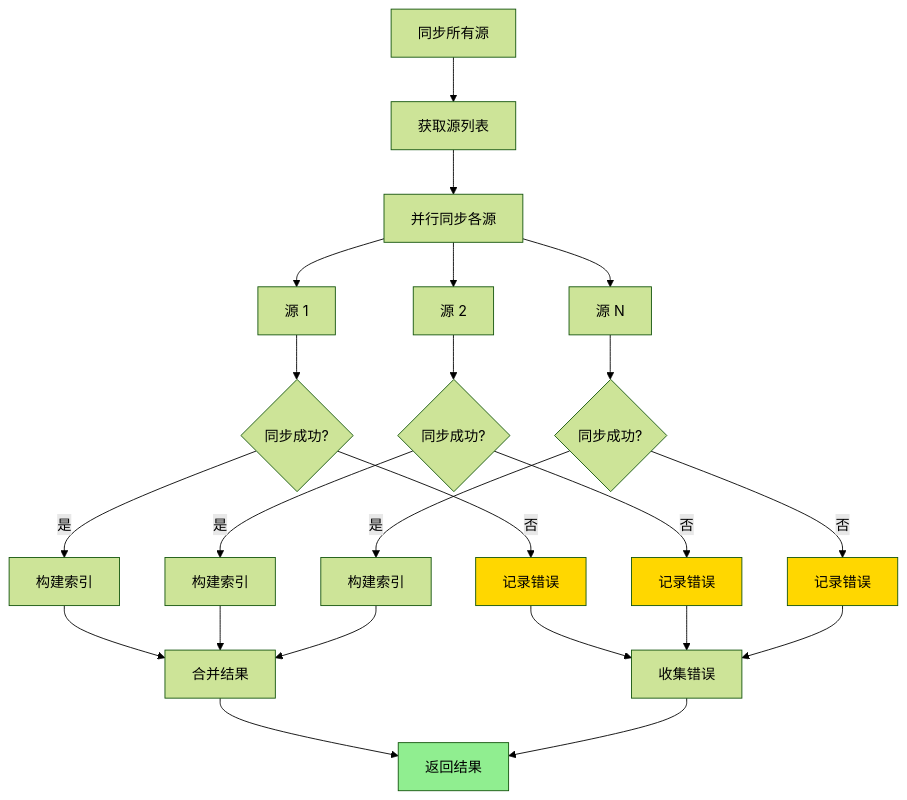
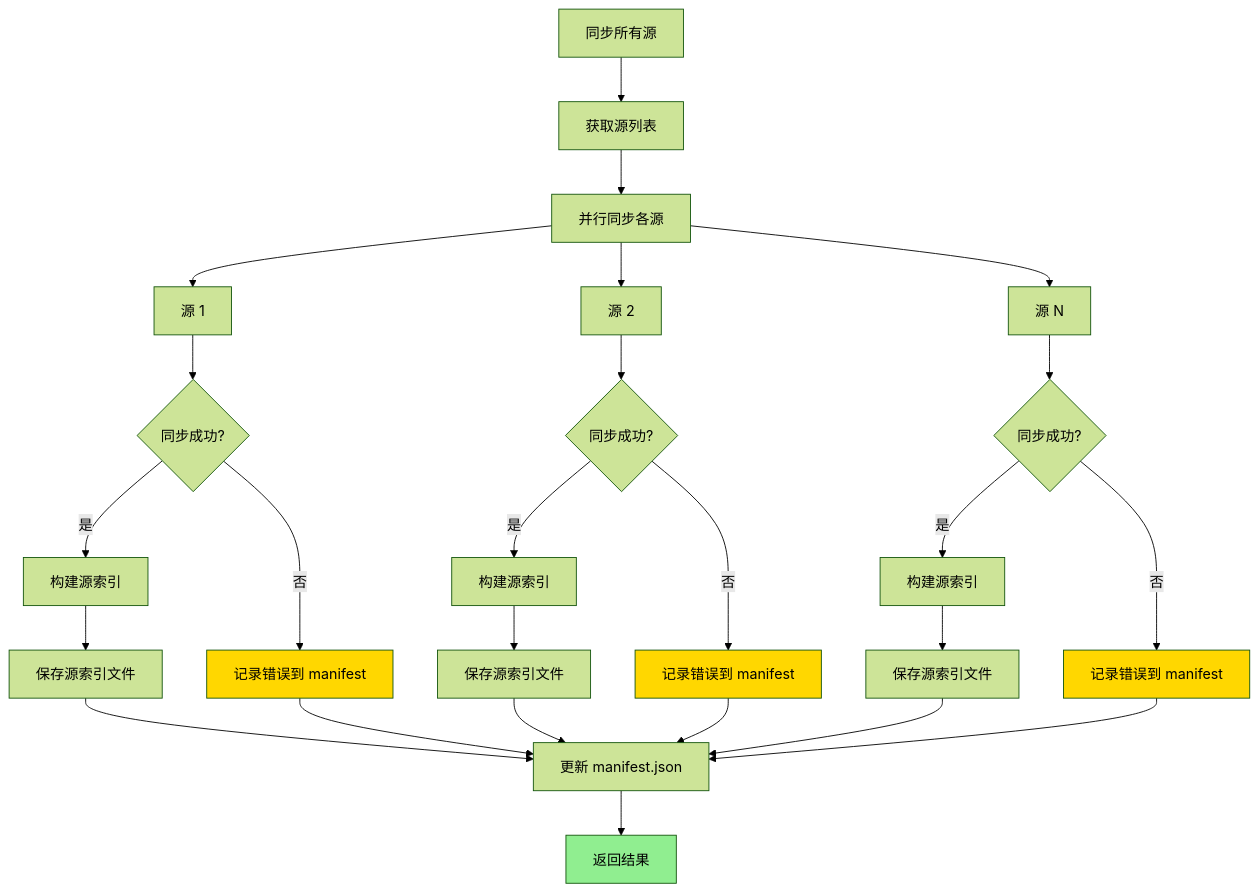
Diagram 12 of 25 in docs/02-设计/20260114-10-sx-market设计.md (shetengteng/skillix-mcp), drawn with Mermaid (forest theme) before and after one commit. The commit also changed other lines of this file, not shown here.

````diff
--- a/docs/02-设计/20260114-10-sx-market设计.md
+++ b/docs/02-设计/20260114-10-sx-market设计.md
@@ -783,38 +744,40 @@
 ```mermaid
 flowchart TD
     A[同步所有源] --> B[获取源列表]
     B --> C[并行同步各源]
     
     C --> D[源 1]
     C --> E[源 2]
     C --> F[源 N]
     
     D --> D1{同步成功?}
     E --> E1{同步成功?}
     F --> F1{同步成功?}
     
-    D1 -->|是| D2[构建索引]
-    D1 -->|否| D3[记录错误]
+    D1 -->|是| D2[构建源索引]
+    D1 -->|否| D3[记录错误到 manifest]
     
-    E1 -->|是| E2[构建索引]
-    E1 -->|否| E3[记录错误]
+    E1 -->|是| E2[构建源索引]
+    E1 -->|否| E3[记录错误到 manifest]
     
-    F1 -->|是| F2[构建索引]
-    F1 -->|否| F3[记录错误]
+    F1 -->|是| F2[构建源索引]
+    F1 -->|否| F3[记录错误到 manifest]
     
-    D2 --> G[合并结果]
-    E2 --> G
-    F2 --> G
+    D2 --> D4[保存源索引文件]
+    E2 --> E4[保存源索引文件]
+    F2 --> F4[保存源索引文件]
     
-    D3 --> H[收集错误]
-    E3 --> H
-    F3 --> H
+    D4 --> G[更新 manifest.json]
+    E4 --> G
+    F4 --> G
+    D3 --> G
+    E3 --> G
+    F3 --> G
     
     G --> I[返回结果]
-    H --> I
     
     style I fill:#90EE90
     style D3 fill:#FFD700
     style E3 fill:#FFD700
     style F3 fill:#FFD700
 ```
````
